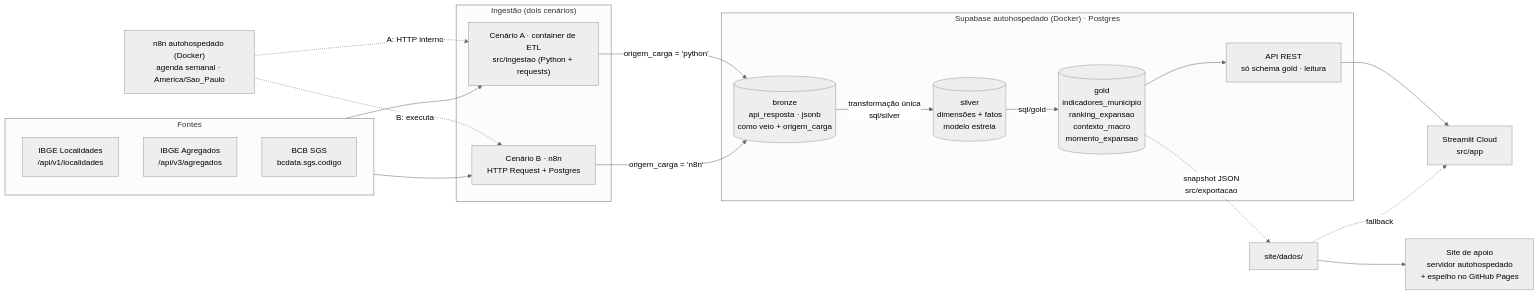
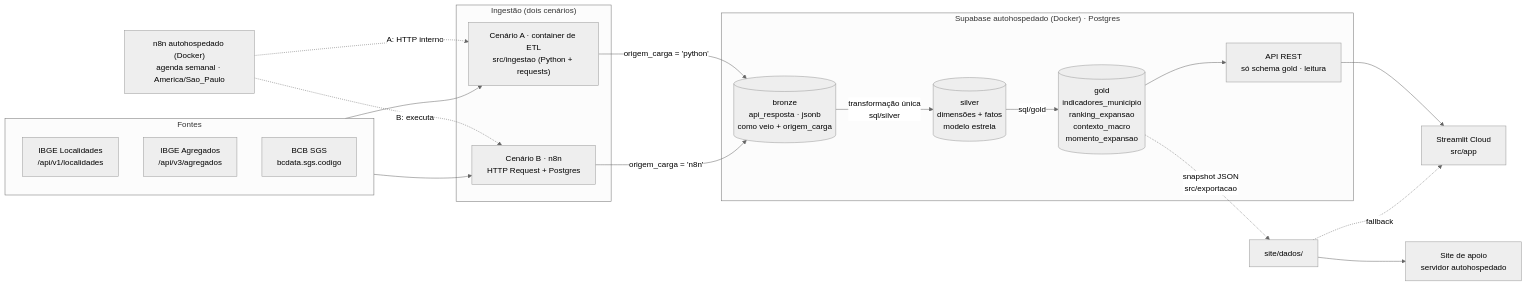
The first of 4 diagrams in spec.md (JJ-Junior/radar-expansao), drawn with Mermaid (neutral theme) before and after one commit. The commit also changed other lines of this file and 2 other files, not shown here.

Commit message:
docs: site publicado só no servidor autohospedado

````diff
--- a/spec.md
+++ b/spec.md
@@ -32,34 +33,34 @@
 ```mermaid
 flowchart LR
     subgraph Fontes
         L["IBGE Localidades<br/>/api/v1/localidades"]
         A["IBGE Agregados<br/>/api/v3/agregados"]
         S["BCB SGS<br/>bcdata.sgs.codigo"]
     end
 
     subgraph Ingestao["Ingestão (dois cenários)"]
         PY["Cenário A · container de ETL<br/>src/ingestao (Python + requests)"]
         WF["Cenário B · n8n<br/>HTTP Request + Postgres"]
     end
 
     subgraph Docker["Supabase autohospedado (Docker) · Postgres"]
         B[("bronze<br/>api_resposta · jsonb<br/>como veio + origem_carga")]
         SV[("silver<br/>dimensões + fatos<br/>modelo estrela")]
         G[("gold<br/>indicadores_municipio<br/>ranking_expansao<br/>contexto_macro<br/>momento_expansao")]
         API["API REST<br/>só schema gold · leitura"]
     end
 
     N8N["n8n autohospedado (Docker)<br/>agenda semanal · America/Sao_Paulo"] -.->|"A: HTTP interno"| PY
     N8N -.->|"B: executa"| WF
     Fontes --> PY
     Fontes --> WF
     PY -->|"origem_carga = 'python'"| B
     WF -->|"origem_carga = 'n8n'"| B
     B -->|"transformação única<br/>sql/silver"| SV
     SV -->|sql/gold| G
     G --> API
     API --> APP["Streamlit Cloud<br/>src/app"]
     G -.->|"snapshot JSON<br/>src/exportacao"| SNAP["site/dados/"]
     SNAP -.->|fallback| APP
-    SNAP --> SITE["Site de apoio<br/>servidor autohospedado<br/>+ espelho no GitHub Pages"]
+    SNAP --> SITE["Site de apoio<br/>servidor autohospedado"]
 ```
````
